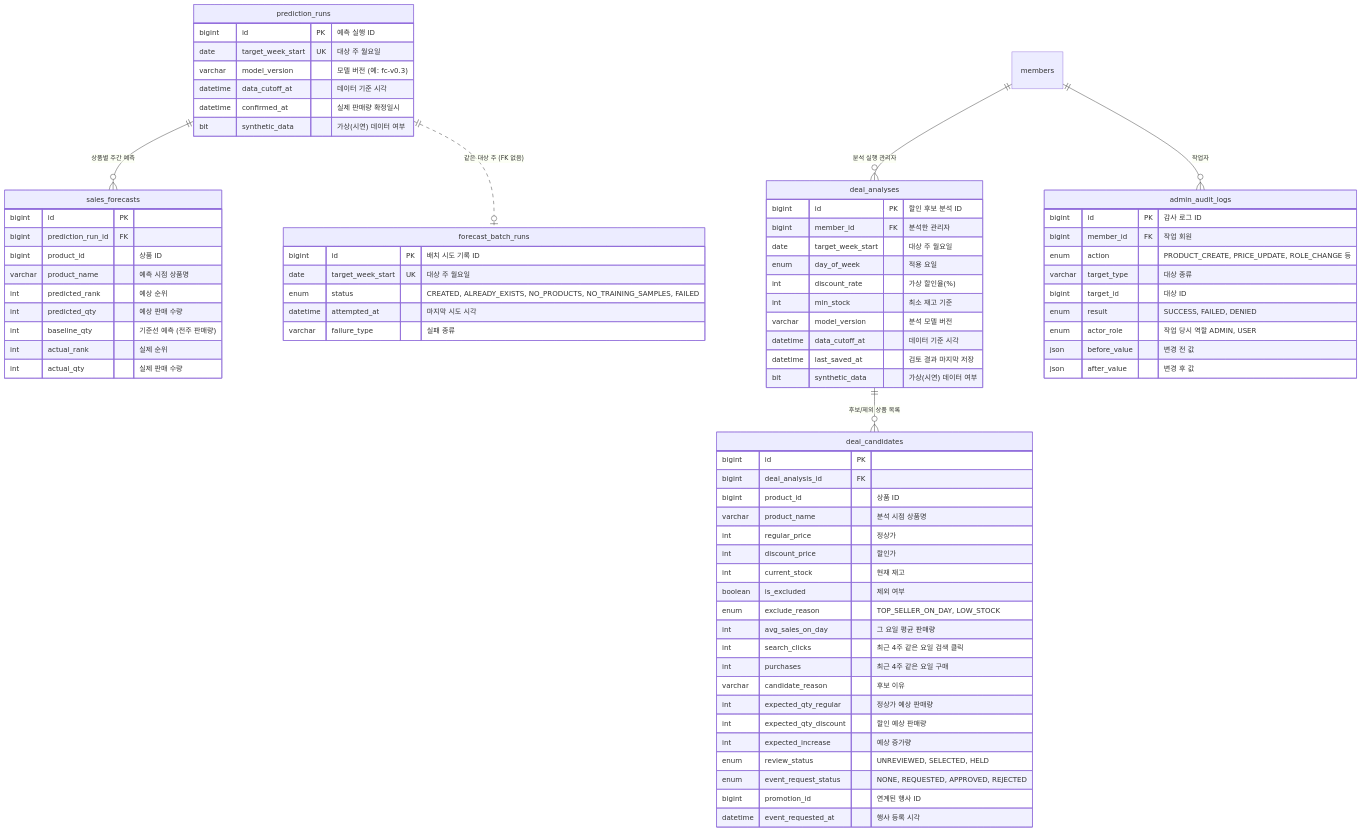
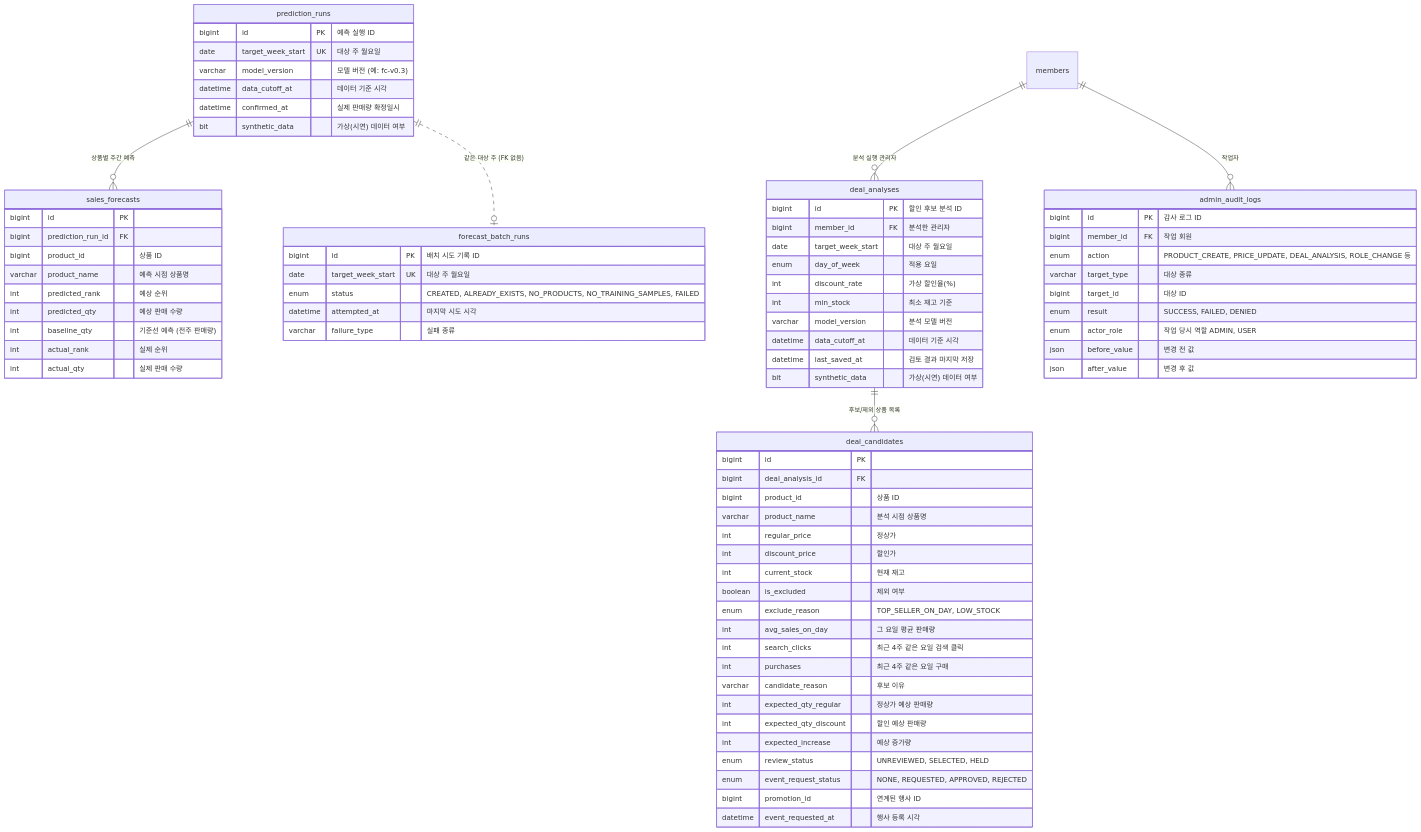
The tenth of 11 diagrams in docs/database/erd.md (sparta-final-4/take-care-of-my-fridge), drawn with Mermaid before and after one commit. The commit also changed other lines of this file and 2 other files, not shown here.

Commit message:
docs: DB 문서 칸 타입을 dev에 맞춤
schema.sql·data-dictionary.md·erd.md를 dev DB information_schema에 맞춘다.

- admin_audit_logs.action에 DEAL_ANALYSIS 추가
- orders.status에 REFUNDED(전액 환불) 추가
- deal_candidates.product_name, sales_forecasts.product_name을 VARCHAR(100)으로 (erd는 길이를 적지 않아 그대로)
- 값은 같고 순서만 다른 ENUM은 그대로 둔다

담당: data-dictionary.md 최용범, erd.md 강준모

```diff
--- a/docs/database/erd.md
+++ b/docs/database/erd.md
@@ -625,7 +625,7 @@
     admin_audit_logs {
         bigint id PK "감사 로그 ID"
         bigint member_id FK "작업 회원"
-        enum action "PRODUCT_CREATE, PRICE_UPDATE, ROLE_CHANGE 등"
+        enum action "PRODUCT_CREATE, PRICE_UPDATE, DEAL_ANALYSIS, ROLE_CHANGE 등"
         varchar target_type "대상 종류"
         bigint target_id "대상 ID"
         enum result "SUCCESS, FAILED, DENIED"
```
